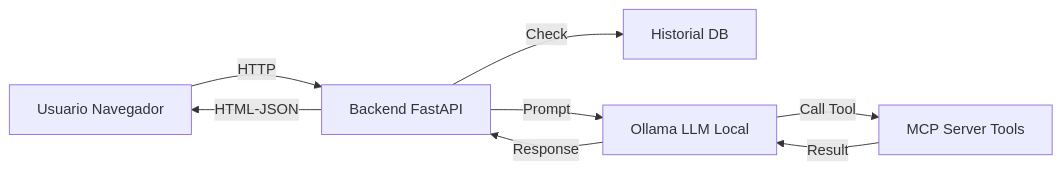
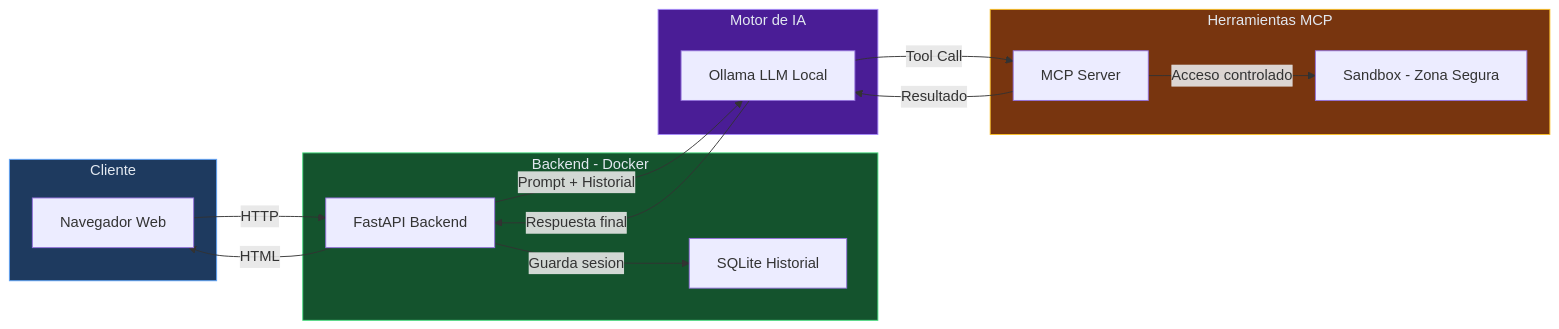
Before and after one commit to vladimiracunadev-create/mcp-ollama-local: the diagram in README.md, drawn with Mermaid. The commit also changed other lines of this file, not shown here.

Commit message:
feat(readme): mejora diagrama de arquitectura con subgraphs por capas y colores
- 4 capas con color: Cliente, Backend Docker, Motor IA, Herramientas MCP
- Muestra SQLite y Sandbox como componentes explicitos
- Estilo visual profesional con fill/stroke por capa

````diff
--- a/README.md
+++ b/README.md
@@ -35,10 +35,34 @@
 ```mermaid
 graph LR
-    User["Usuario Navegador"] -->|HTTP| FastAPI["Backend FastAPI"]
-    FastAPI -->|Check| SQLite["Historial DB"]
-    FastAPI -->|Prompt| Ollama["Ollama LLM Local"]
-    Ollama -->|Call Tool| MCP["MCP Server Tools"]
-    MCP -->|Result| Ollama
-    Ollama -->|Response| FastAPI
-    FastAPI -->|HTML-JSON| User
+    subgraph CLIENTE["  Cliente  "]
+        U["Navegador Web"]
+    end
+
+    subgraph BACKEND["  Backend - Docker  "]
+        API["FastAPI Backend"]
+        DB["SQLite Historial"]
+    end
+
+    subgraph IA["  Motor de IA  "]
+        OL["Ollama LLM Local"]
+    end
+
+    subgraph TOOLS["  Herramientas MCP  "]
+        MCP["MCP Server"]
+        SB["Sandbox - Zona Segura"]
+    end
+
+    U -->|HTTP| API
+    API -->|Guarda sesion| DB
+    API -->|Prompt + Historial| OL
+    OL -->|Tool Call| MCP
+    MCP -->|Acceso controlado| SB
+    MCP -->|Resultado| OL
+    OL -->|Respuesta final| API
+    API -->|HTML| U
+
+    style CLIENTE fill:#1e3a5f,color:#e2e8f0,stroke:#60a5fa
+    style BACKEND fill:#14532d,color:#e2e8f0,stroke:#4ade80
+    style IA fill:#4a1d96,color:#e2e8f0,stroke:#a78bfa
+    style TOOLS fill:#78350f,color:#e2e8f0,stroke:#fbbf24
 ```
````
